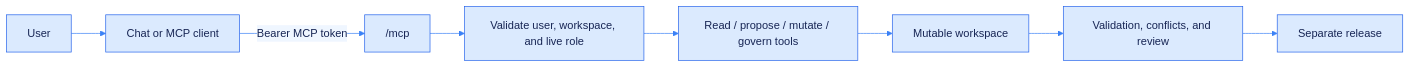
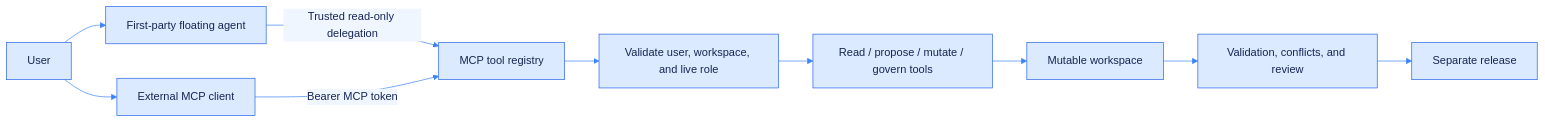
One commit to deeplethe/utopia changed the first of 2 diagrams in frontend/src/content/docs/en/mcp.md. Above: the diagram before and after it, drawn with Mermaid. The commit also changed other lines of this file and 65 other files, not shown here.

````diff
--- a/frontend/src/content/docs/en/mcp.md
+++ b/frontend/src/content/docs/en/mcp.md
@@ -5,11 +5,13 @@
 ```mermaid
 %%{init: {"theme":"base","themeVariables":{"primaryColor":"#dbeafe","primaryTextColor":"#172554","primaryBorderColor":"#2563eb","lineColor":"#3b82f6","secondaryColor":"#eff6ff","tertiaryColor":"#ffffff","fontFamily":"Inter, ui-sans-serif, system-ui"}}}%%
 flowchart LR
-    U["User"] --> C["Chat or MCP client"]
-    C -->|"Bearer MCP token"| M["/mcp"]
+    U["User"] --> FW["First-party floating agent"]
+    U --> C["External MCP client"]
+    FW -->|"Trusted read-only delegation"| M["MCP tool registry"]
+    C -->|"Bearer MCP token"| M
     M --> A["Validate user, workspace, and live role"]
     A --> T["Read / propose / mutate / govern tools"]
-    T --> W["Mutable workspace"]
-    W --> Q["Validation, conflicts, and review"]
+    T --> WS["Mutable workspace"]
+    WS --> Q["Validation, conflicts, and review"]
     Q --> R["Separate release"]
 ```
````
